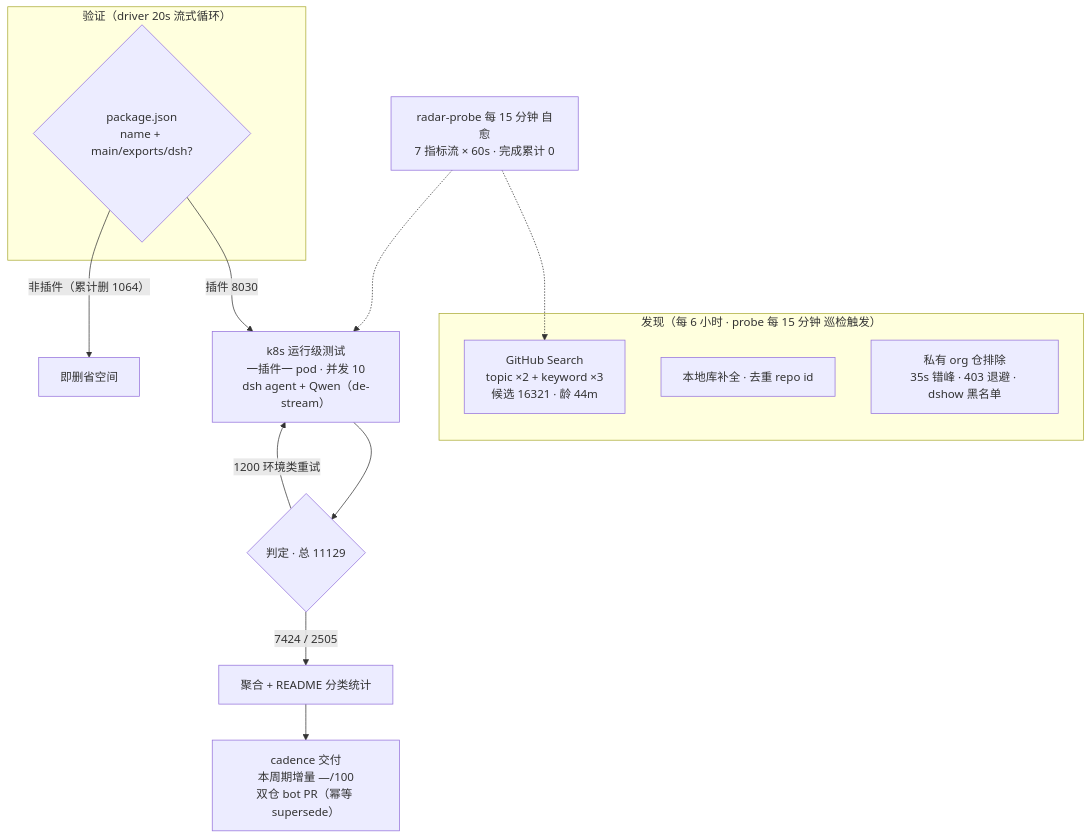
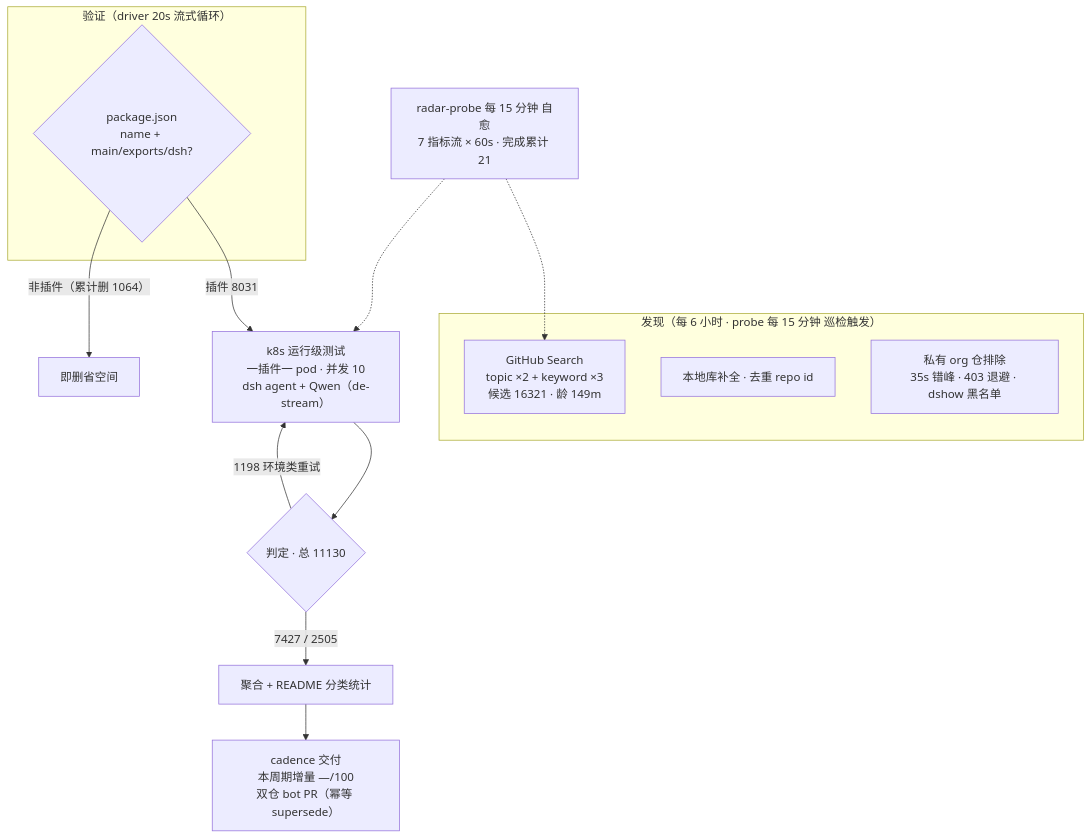
One commit to Zhidao-Lab-OSS/awesome-dsh-plugins changed the diagram in README.md. Above: the diagram before and after it, drawn with Mermaid. The commit also changed other lines of this file and 1 other file, not shown here.

````diff
--- a/README.md
+++ b/README.md
@@ -52,20 +52,20 @@
 ```mermaid
 flowchart TB
     subgraph Discovery["发现（每 6 小时 · probe 每 15 分钟 巡检触发）"]
-        A1["GitHub Search<br/>topic ×2 + keyword ×3<br/>候选 16321 · 龄 44m"]
+        A1["GitHub Search<br/>topic ×2 + keyword ×3<br/>候选 16321 · 龄 149m"]
         A2["本地库补全 · 去重 repo id"]
         A3["私有 org 仓排除<br/>35s 错峰 · 403 退避 · dshow 黑名单"]
     end
     subgraph Validation["验证（driver 20s 流式循环）"]
         B1{"package.json<br/>name + main/exports/dsh?"}
     end
-    B1 -->|"插件 8030"| C1["k8s 运行级测试<br/>一插件一 pod · 并发 10<br/>dsh agent + Qwen（de-stream）"]
+    B1 -->|"插件 8031"| C1["k8s 运行级测试<br/>一插件一 pod · 并发 10<br/>dsh agent + Qwen（de-stream）"]
     B1 -->|"非插件（累计删 1064）"| B3["即删省空间"]
-    C1 --> D1{"判定 · 总 11129"}
-    D1 -->|"7424 / 2505"| E1["聚合 + README 分类统计"]
-    D1 -->|"1200 环境类重试"| C1
+    C1 --> D1{"判定 · 总 11130"}
+    D1 -->|"7427 / 2505"| E1["聚合 + README 分类统计"]
+    D1 -->|"1198 环境类重试"| C1
     E1 --> E2["cadence 交付<br/>本周期增量 —/100<br/>双仓 bot PR（幂等 supersede）"]
-    M["radar-probe 每 15 分钟 自愈<br/>7 指标流 × 60s · 完成累计 0"]
+    M["radar-probe 每 15 分钟 自愈<br/>7 指标流 × 60s · 完成累计 21"]
     M -.-> A1
     M -.-> C1
 ```
````
